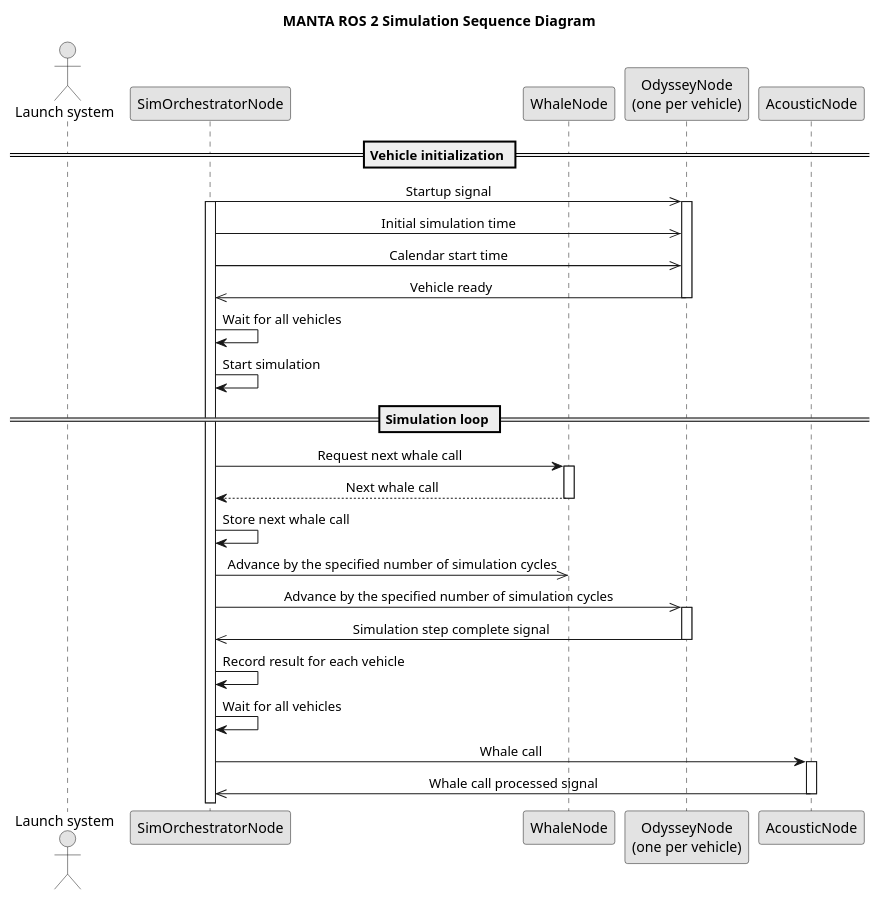
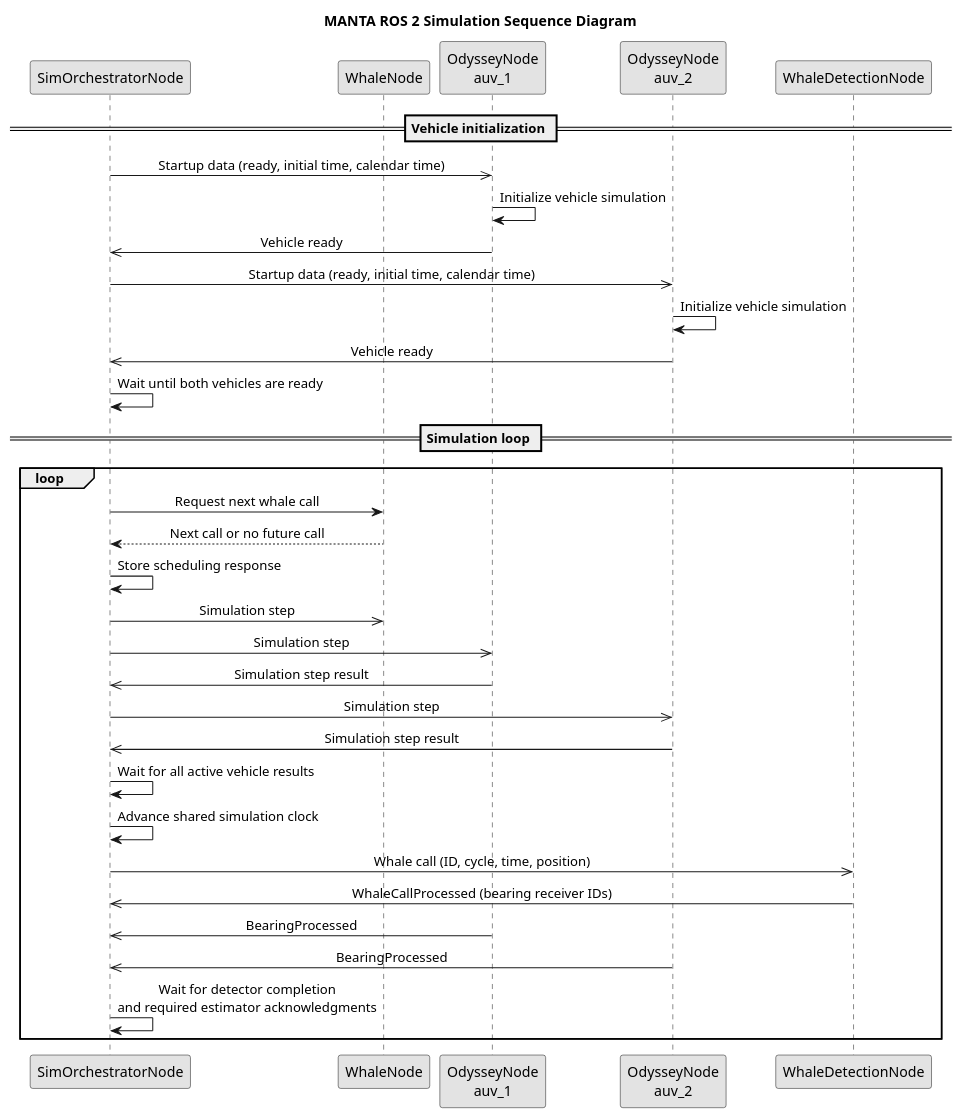
The diagram in components/manta_core/docs/sim_orchestrator_sequence.puml (Tebcherani/MANTA), drawn with PlantUML before and after one commit. The commit also changed 6 other files, not shown here.

```diff
--- a/components/manta_core/docs/sim_orchestrator_sequence.puml
+++ b/components/manta_core/docs/sim_orchestrator_sequence.puml
@@ -1,53 +1,53 @@
 @startuml
 title MANTA ROS 2 Simulation Sequence Diagram
 
 skinparam monochrome true
 skinparam shadowing false
 skinparam sequenceMessageAlign center
 skinparam responseMessageBelowArrow true
 
-actor "Launch system" as Launcher
 participant "SimOrchestratorNode" as Orchestrator
 participant "WhaleNode" as Whale
-participant "OdysseyNode\n(one per vehicle)" as Odyssey
-participant "AcousticNode" as Detection
-
+participant "OdysseyNode\nauv_1" as AUV1
+participant "OdysseyNode\nauv_2" as AUV2
+participant "WhaleDetectionNode" as Detection
 
 == Vehicle initialization ==
 
-Orchestrator ->> Odyssey : Startup signal
-activate Orchestrator
-activate Odyssey
-Orchestrator ->> Odyssey : Initial simulation time
-Orchestrator ->> Odyssey : Calendar start time
-Odyssey ->> Orchestrator : Vehicle ready
-deactivate Odyssey
+Orchestrator ->> AUV1 : Startup data (ready, initial time, calendar time)
+AUV1 -> AUV1 : Initialize vehicle simulation
+AUV1 ->> Orchestrator : Vehicle ready
 
-Orchestrator -> Orchestrator : Wait for all vehicles
-Orchestrator -> Orchestrator : Start simulation
+Orchestrator ->> AUV2 : Startup data (ready, initial time, calendar time)
+AUV2 -> AUV2 : Initialize vehicle simulation
+AUV2 ->> Orchestrator : Vehicle ready
+Orchestrator -> Orchestrator : Wait until both vehicles are ready
 
 == Simulation loop ==
 
-Orchestrator -> Whale : Request next whale call
-    activate Whale
-    Whale --> Orchestrator : Next whale call
-    deactivate Whale
+loop
+    Orchestrator -> Whale : Request next whale call
+    Whale --> Orchestrator : Next call or no future call
+    Orchestrator -> Orchestrator : Store scheduling response
 
-    Orchestrator -> Orchestrator : Store next whale call
+    Orchestrator ->> Whale : Simulation step 
 
-    Orchestrator ->> Whale : Advance by the specified number of simulation cycles
+    Orchestrator ->> AUV1 : Simulation step
+    AUV1 ->> Orchestrator : Simulation step result
 
-    Orchestrator ->> Odyssey : Advance by the specified number of simulation cycles
-    activate Odyssey
-    Odyssey ->> Orchestrator : Simulation step complete signal
-    deactivate Odyssey
+    Orchestrator ->> AUV2 : Simulation step
+    AUV2 ->> Orchestrator : Simulation step result
 
-    Orchestrator -> Orchestrator : Record result for each vehicle
-    Orchestrator -> Orchestrator : Wait for all vehicles
+    Orchestrator -> Orchestrator : Wait for all active vehicle results
+    Orchestrator -> Orchestrator : Advance shared simulation clock
 
-    Orchestrator -> Detection : Whale call
-    activate Detection
-    Detection ->> Orchestrator : Whale call processed signal
-    deactivate Detection
+    Orchestrator ->> Detection : Whale call (ID, cycle, time, position)
+    Detection ->> Orchestrator : WhaleCallProcessed (bearing receiver IDs)
+
+    AUV1 ->> Orchestrator : BearingProcessed
+    AUV2 ->> Orchestrator : BearingProcessed
+
+    Orchestrator -> Orchestrator : Wait for detector completion\nand required estimator acknowledgments
+end
 
 @enduml
```
